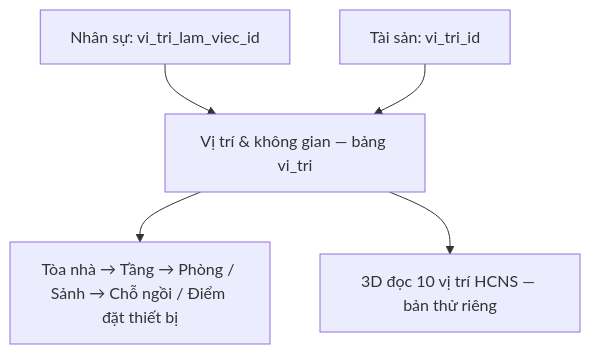
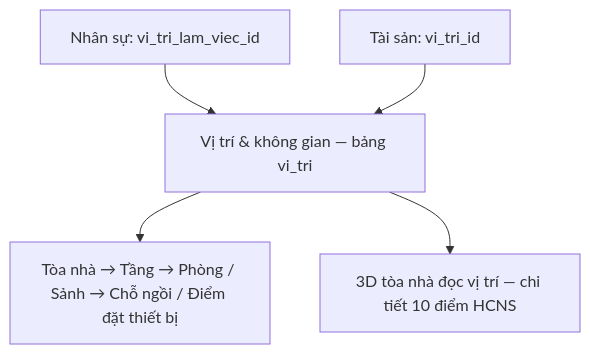
One commit to IceCrowNT/SGDERP changed the diagram in docs/plans/LOCATION-MANAGEMENT-CHECKLIST.md. Above: the diagram before and after it, drawn with Mermaid. The commit also changed other lines of this file and 29 other files, not shown here.

Commit message:
3D vào được phòng chi tiết, thêm nhân sự

````diff
--- a/docs/plans/LOCATION-MANAGEMENT-CHECKLIST.md
+++ b/docs/plans/LOCATION-MANAGEMENT-CHECKLIST.md
@@ -82,7 +82,7 @@
 ```mermaid
 flowchart TB
     V["Vị trí & không gian — bảng vi_tri"] --> C["Tòa nhà → Tầng → Phòng / Sảnh → Chỗ ngồi / Điểm đặt thiết bị"]
     N["Nhân sự: vi_tri_lam_viec_id"] --> V
     T["Tài sản: vi_tri_id"] --> V
-    V --> D["3D đọc 10 vị trí HCNS — bản thử riêng"]
+    V --> D["3D tòa nhà đọc vị trí — chi tiết 10 điểm HCNS"]
 ```
````
